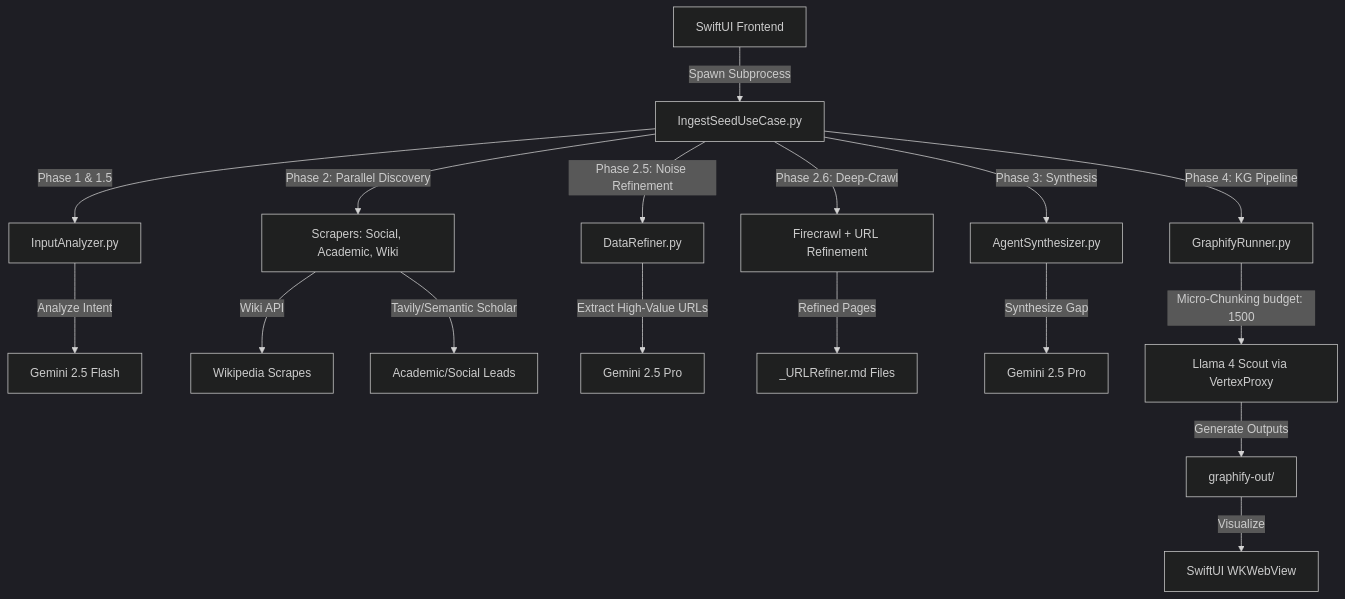
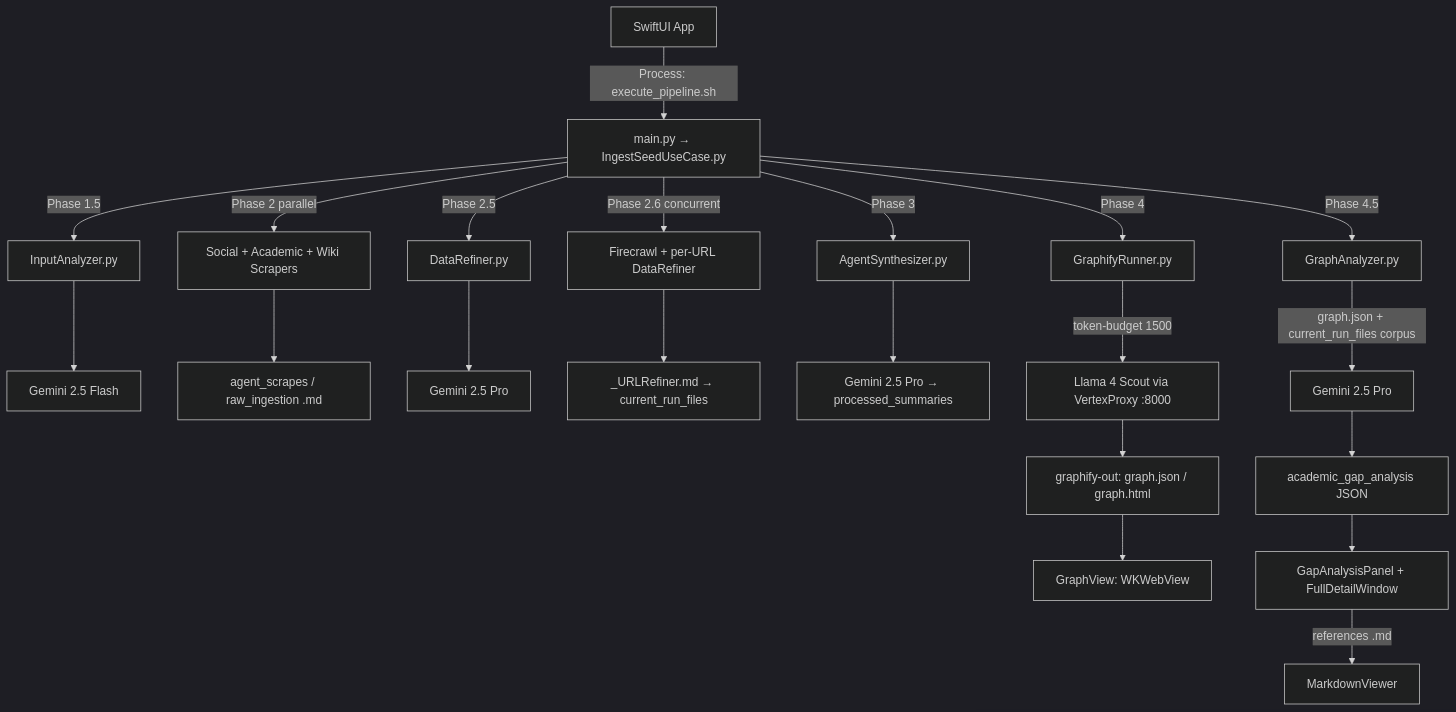
The diagram in ResearchGraphApp/PROJECT_SPEC.md (sethum-VS/ResearchBot), drawn with Mermaid (dark theme) before and after one commit. The commit also changed other lines of this file and 7 other files, not shown here.

First line of the commit message:
feat: add Phase 4.5 academic graph analyzer with full-corpus reasoning

````diff
--- a/ResearchGraphApp/PROJECT_SPEC.md
+++ b/ResearchGraphApp/PROJECT_SPEC.md
@@ -25,24 +47,31 @@
 ```mermaid
 graph TD
-    A[SwiftUI Frontend] -->|Spawn Subprocess| B[IngestSeedUseCase.py]
-    B -->|Phase 1 & 1.5| C[InputAnalyzer.py]
-    C -->|Analyze Intent| D[Gemini 2.5 Flash]
-    
-    B -->|Phase 2: Parallel Discovery| E[Scrapers: Social, Academic, Wiki]
-    E -->|Wiki API| F1[Wikipedia Scrapes]
-    E -->|Tavily/Semantic Scholar| F2[Academic/Social Leads]
-    
-    B -->|Phase 2.5: Noise Refinement| G[DataRefiner.py]
-    G -->|Extract High-Value URLs| H[Gemini 2.5 Pro]
-    
-    B -->|Phase 2.6: Deep-Crawl| I[Firecrawl + URL Refinement]
-    I -->|Refined Pages| J[_URLRefiner.md Files]
-    
-    B -->|Phase 3: Synthesis| K[AgentSynthesizer.py]
-    K -->|Synthesize Gap| L[Gemini 2.5 Pro]
-    
-    B -->|Phase 4: KG Pipeline| M[GraphifyRunner.py]
-    M -->|Micro-Chunking budget: 1500| N[Llama 4 Scout via VertexProxy]
-    N -->|Generate Outputs| O[graphify-out/]
-    O -->|Visualize| P[SwiftUI WKWebView]
+    A[SwiftUI App] -->|Process: execute_pipeline.sh| B[main.py → IngestSeedUseCase.py]
+
+    B -->|Phase 1.5| C[InputAnalyzer.py]
+    C --> D[Gemini 2.5 Flash]
+
+    B -->|Phase 2 parallel| E[Social + Academic + Wiki Scrapers]
+    E --> F[agent_scrapes / raw_ingestion .md]
+
+    B -->|Phase 2.5| G[DataRefiner.py]
+    G --> H[Gemini 2.5 Pro]
+
+    B -->|Phase 2.6 concurrent| I[Firecrawl + per-URL DataRefiner]
+    I --> J[_URLRefiner.md → current_run_files]
+
+    B -->|Phase 3| K[AgentSynthesizer.py]
+    K --> L[Gemini 2.5 Pro → processed_summaries]
+
+    B -->|Phase 4| M[GraphifyRunner.py]
+    M -->|token-budget 1500| N[Llama 4 Scout via VertexProxy :8000]
+    N --> O[graphify-out: graph.json / graph.html]
+
+    B -->|Phase 4.5| P[GraphAnalyzer.py]
+    P -->|graph.json + current_run_files corpus| Q[Gemini 2.5 Pro]
+    Q --> R[academic_gap_analysis JSON]
+
+    O --> S[GraphView: WKWebView]
+    R --> T[GapAnalysisPanel + FullDetailWindow]
+    T -->|references .md| U[MarkdownViewer]
 ```
````
